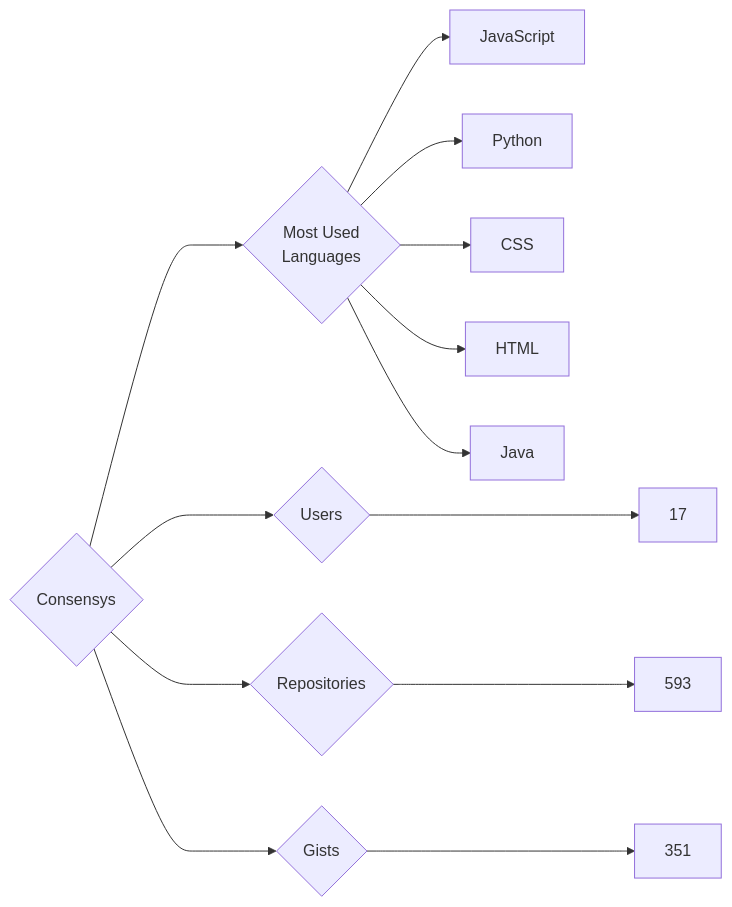
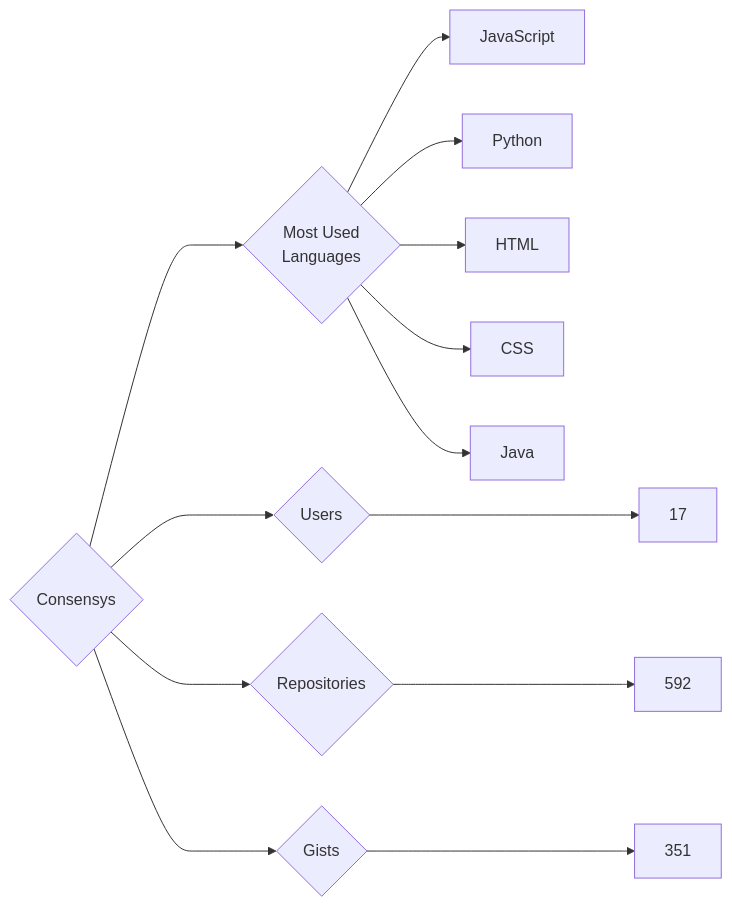
One commit to trickest/insiders changed the diagram in targets/Consensys/README.md. Above: the diagram before and after it, drawn with Mermaid. The commit also changed 715 other files, not shown here.

````diff
--- a/targets/Consensys/README.md
+++ b/targets/Consensys/README.md
@@ -3,13 +3,13 @@
 ```mermaid
 graph LR
 COMPANY_NAME{Consensys}
 COMPANY_NAME ---> U{Users} ---> UN[17]
-COMPANY_NAME ---> R{Repositories} ---> RN[593]
+COMPANY_NAME ---> R{Repositories} ---> RN[592]
 COMPANY_NAME ---> G{Gists} ---> GN[351]
 COMPANY_NAME ---> ML{Most Used<br>Languages}
 ML --> JavaScript[JavaScript]
 ML --> Python[Python]
+ML --> HTML[HTML]
 ML --> CSS[CSS]
-ML --> HTML[HTML]
 ML --> Java[Java]
 ```
````
